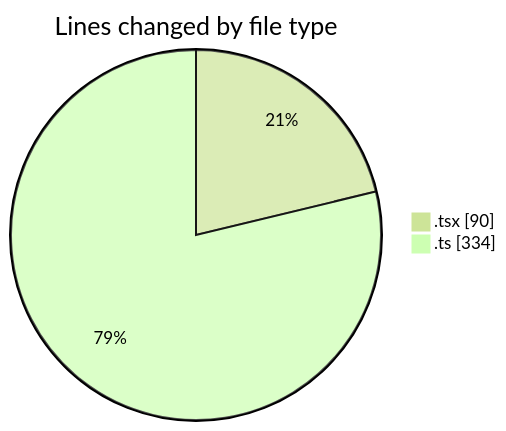
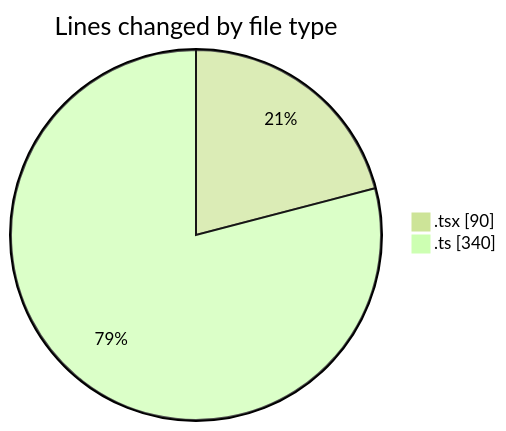
Before and after one commit to robertbonfada/code-tracking: the first of 2 diagrams in 2025-03-10/audiobooks-web/README.md, drawn with Mermaid (forest theme). The commit also changed other lines of this file and 1 other file, not shown here.

````diff
--- a/2025-03-10/audiobooks-web/README.md
+++ b/2025-03-10/audiobooks-web/README.md
@@ -25,6 +25,6 @@
 ```mermaid
 pie showData
 title Lines changed by file type
 ".tsx" : 90
-".ts" : 334
+".ts" : 340
 ```
````
